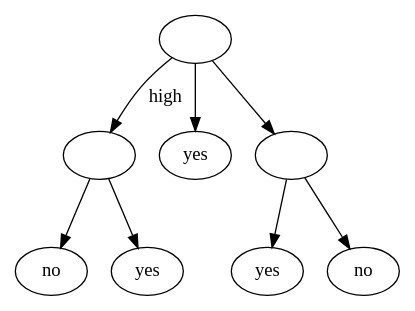
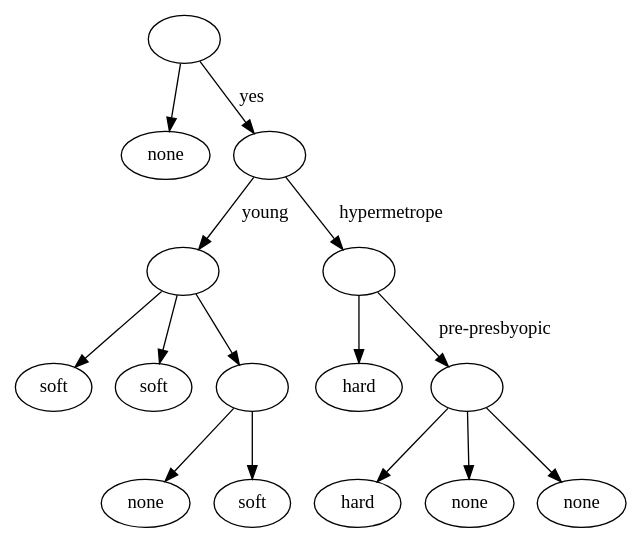
The diagram in output/tree.dot (lelouch01234/decision-tree), drawn with Graphviz before and after one commit. The commit also changed 3 other files, not shown here.

```diff
--- a/output/tree.dot
+++ b/output/tree.dot
@@ -1,18 +1,32 @@
 digraph DecisionTree {
 graph [ordering="out"];
   0 [label=""];
-  0 -> 1 [label=" high"];
-  1 [label=""];
-  1 -> 2 [label=" "];
-  2 [label="no"];
-  1 -> 3 [label=" "];
-  3 [label="yes"];
-  0 -> 4 [label=" "];
-  4 [label="yes"];
-  0 -> 5 [label=" "];
-  5 [label=""];
-  5 -> 6 [label=" "];
-  6 [label="yes"];
-  5 -> 7 [label=" "];
-  7 [label="no"];
+  0 -> 1 [label=" "];
+  1 [label="none"];
+  0 -> 2 [label=" yes"];
+  2 [label=""];
+  2 -> 3 [label=" young"];
+  3 [label=""];
+  3 -> 4 [label=" "];
+  4 [label="soft"];
+  3 -> 5 [label=" "];
+  5 [label="soft"];
+  3 -> 6 [label=" "];
+  6 [label=""];
+  6 -> 7 [label=" "];
+  7 [label="none"];
+  6 -> 8 [label=" "];
+  8 [label="soft"];
+  2 -> 9 [label=" hypermetrope"];
+  9 [label=""];
+  9 -> 10 [label=" "];
+  10 [label="hard"];
+  9 -> 11 [label=" pre-presbyopic"];
+  11 [label=""];
+  11 -> 12 [label=" "];
+  12 [label="hard"];
+  11 -> 13 [label=" "];
+  13 [label="none"];
+  11 -> 14 [label=" "];
+  14 [label="none"];
 }
```
